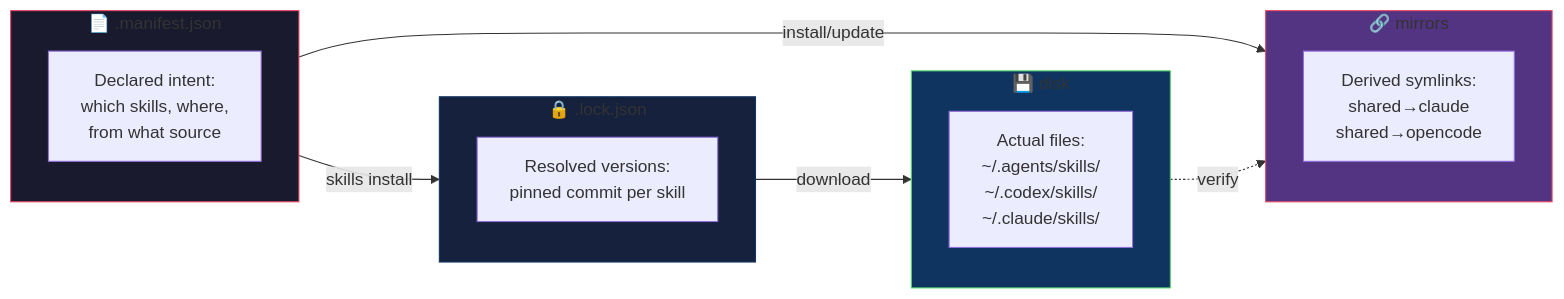
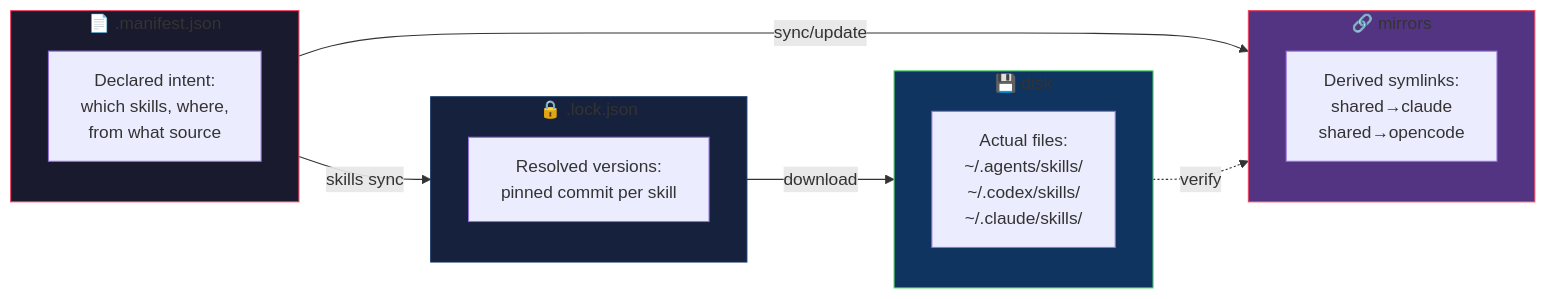
The diagram in README.md (cagedbird043/skills), drawn with Mermaid before and after one commit. The commit also changed other lines of this file and 2 other files, not shown here.

Commit message:
feat: add sync and move commands

````diff
--- a/README.md
+++ b/README.md
@@ -12,25 +12,25 @@
 ```mermaid
 flowchart LR
   subgraph Manifest["📄 .manifest.json"]
     M[Declared intent:<br/>which skills, where,<br/>from what source]
   end
   subgraph Lock["🔒 .lock.json"]
     L[Resolved versions:<br/>pinned commit per skill]
   end
   subgraph Disk["💾 disk"]
     D[Actual files:<br/>~/.agents/skills/<br/>~/.codex/skills/<br/>~/.claude/skills/]
   end
   subgraph Mirrors["🔗 mirrors"]
     MR[Derived symlinks:<br/>shared→claude<br/>shared→opencode]
   end
 
-  Manifest -->|skills install| Lock
+  Manifest -->|skills sync| Lock
   Lock -->|download| Disk
-  Manifest -->|install/update| Mirrors
+  Manifest -->|sync/update| Mirrors
   Disk -.->|verify| Mirrors
 
   style Manifest fill:#1a1a2e,stroke:#e94560
   style Lock fill:#16213e,stroke:#0f3460
   style Disk fill:#0f3460,stroke:#53d769
   style Mirrors fill:#533483,stroke:#e94560
 ```
````
